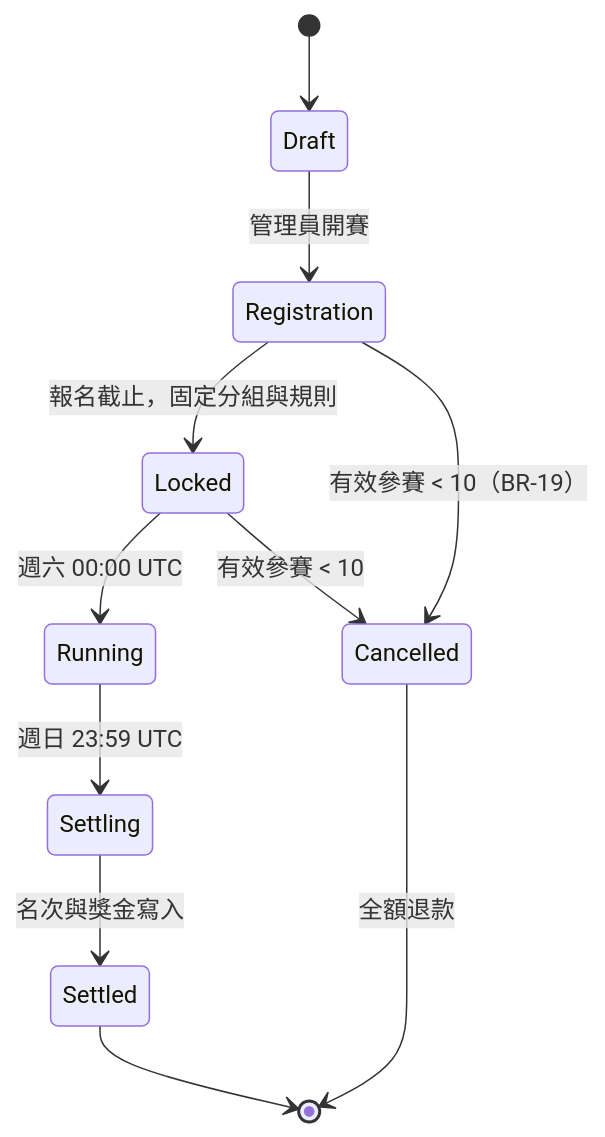
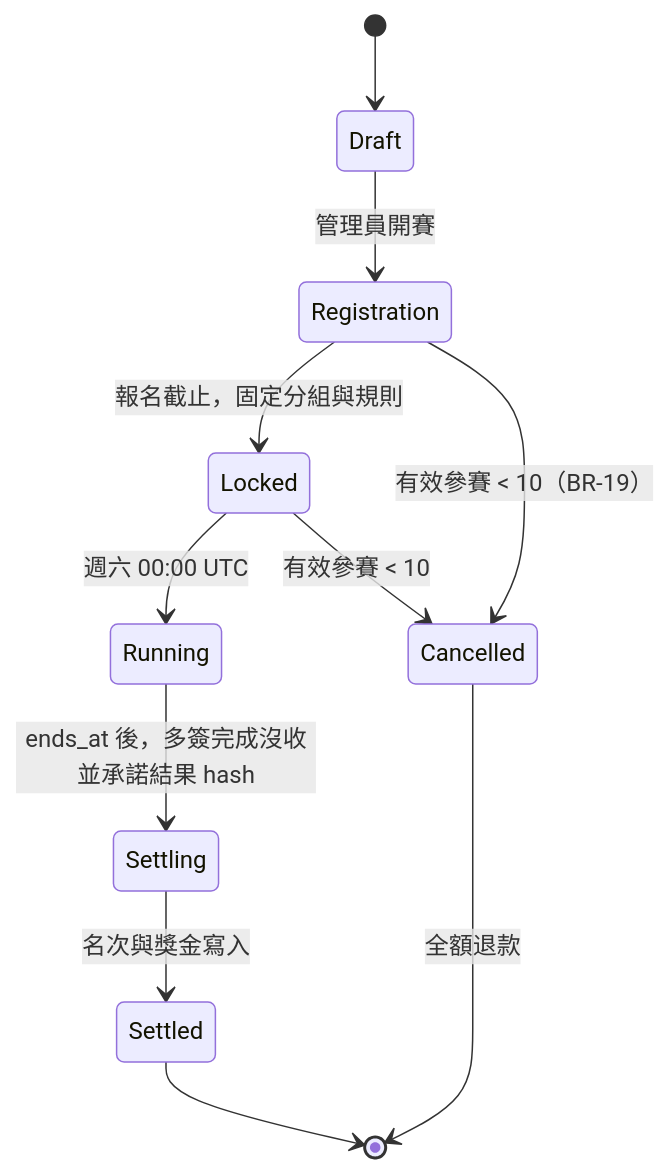
Before and after one commit to stan0714/neonshift: the fourth of 5 diagrams in docs/sa.md, drawn with Mermaid. The commit also changed other lines of this file and 2 other files, not shown here.

````diff
--- a/docs/sa.md
+++ b/docs/sa.md
@@ -311,13 +317,13 @@
 ```mermaid
 stateDiagram-v2
     [*] --> Draft
     Draft --> Registration : 管理員開賽
     Registration --> Locked : 報名截止，固定分組與規則
     Locked --> Running : 週六 00:00 UTC
-    Running --> Settling : 週日 23:59 UTC
+    Running --> Settling : ends_at 後，多簽完成沒收並承諾結果 hash
     Settling --> Settled : 名次與獎金寫入
     Settled --> [*]
     Registration --> Cancelled : 有效參賽 < 10（BR-19）
     Locked --> Cancelled : 有效參賽 < 10
     Cancelled --> [*] : 全額退款
 ```
````
